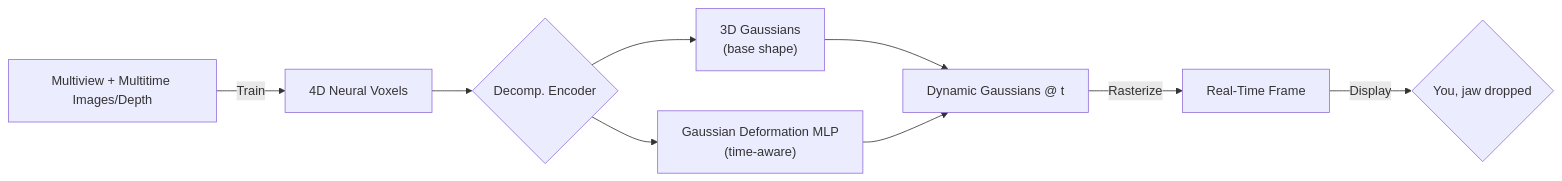
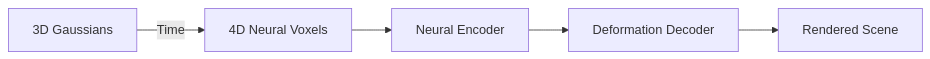
Before and after one commit to isaaclins/isaaclins.github.io: the diagram in content/blog/4d-gaussian-splatting-braindance.md, drawn with Mermaid. The commit also changed other lines of this file and 4 other files, not shown here.

````diff
--- a/content/blog/4d-gaussian-splatting-braindance.md
+++ b/content/blog/4d-gaussian-splatting-braindance.md
@@ -38,10 +28,7 @@
 ```mermaid
 flowchart LR
-    A["Multiview + Multitime Images/Depth"] -->|"Train"| B["4D Neural Voxels"]
-    B --> C{"Decomp. Encoder"}
-    C --> D["3D Gaussians<br/>(base shape)"]
-    C --> E["Gaussian Deformation MLP<br/>(time-aware)"]
-    D & E --> F["Dynamic Gaussians @ t"]
-    F -->|"Rasterize"| G["Real-Time Frame"]
-    G -->|"Display"| H{"You, jaw dropped"}
+    A[3D Gaussians] -- Time --> B[4D Neural Voxels]
+    B --> C[Neural Encoder]
+    C --> D[Deformation Decoder]
+    D --> E[Rendered Scene]
 ```
````
